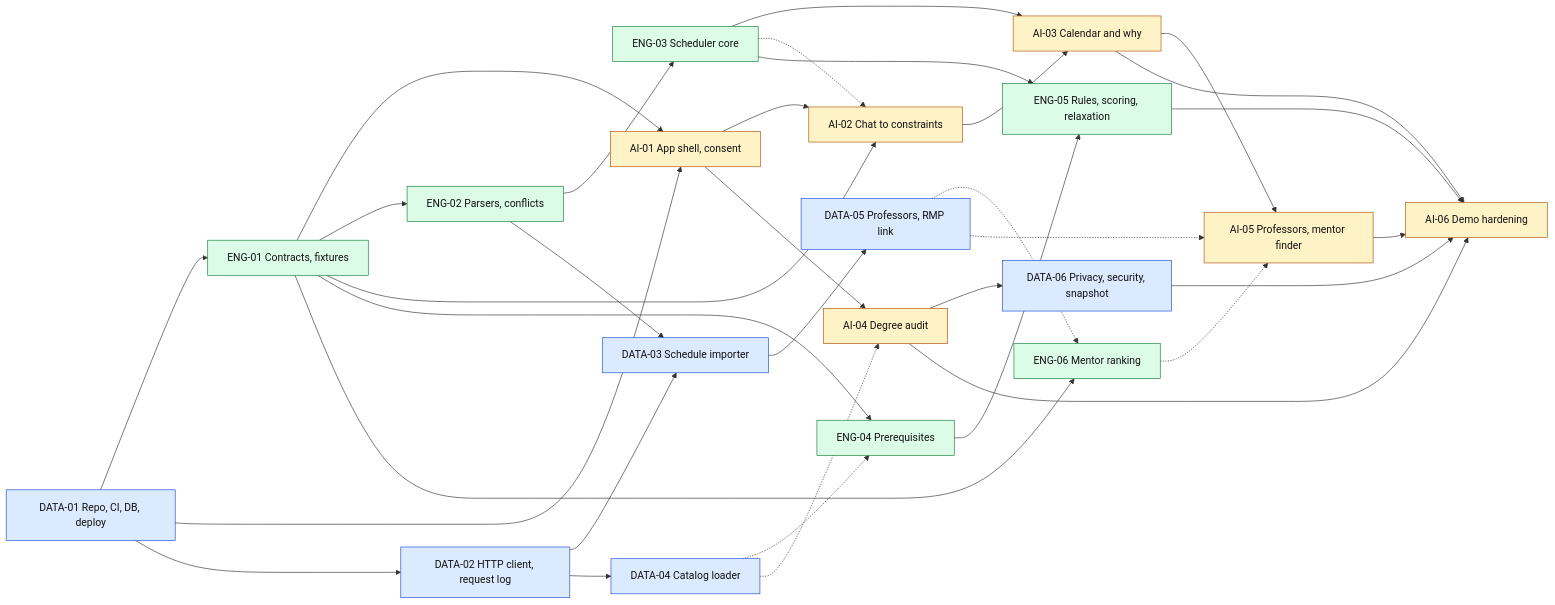
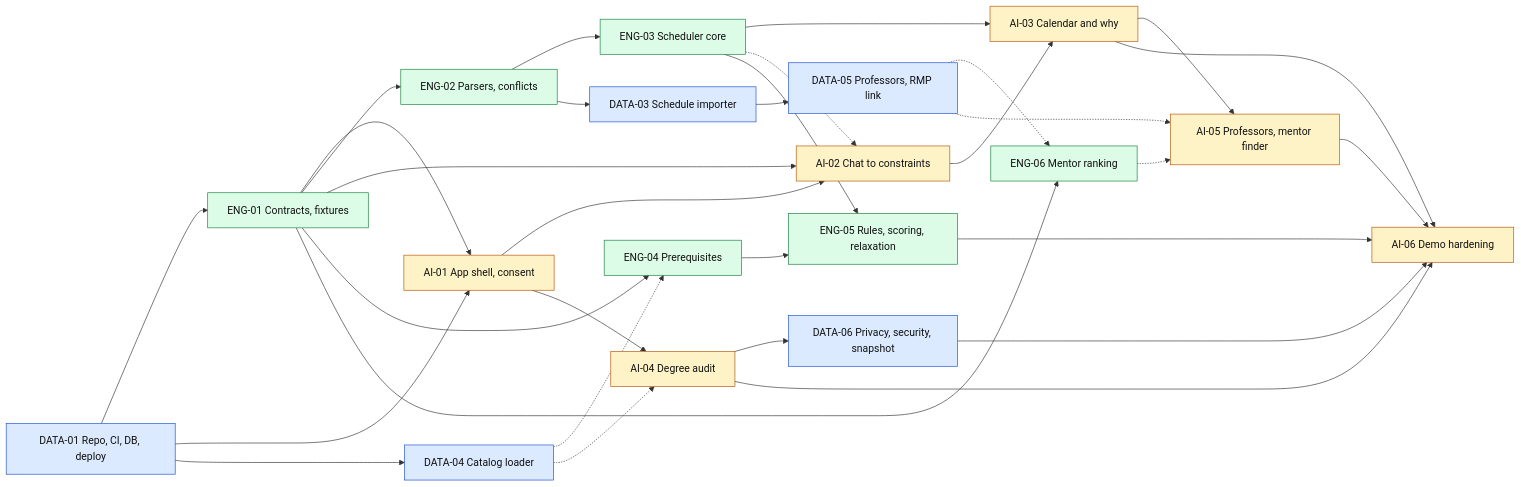
One commit to JoaoLucasLab/hackathon changed the diagram in plan.md. Above: the diagram before and after it, drawn with Mermaid. The commit also changed other lines of this file and 1 other file, not shown here.

Commit message:
feat: Update AGENTS.md and plan.md to reflect DATA-02 skip status and related changes

````diff
--- a/plan.md
+++ b/plan.md
@@ -514,58 +515,55 @@
 ```mermaid
 graph LR
   classDef data fill:#dbeafe,stroke:#1d4ed8,color:#111;
   classDef eng fill:#dcfce7,stroke:#15803d,color:#111;
   classDef ai fill:#fef3c7,stroke:#b45309,color:#111;
 
   D1[DATA-01 Repo, CI, DB, deploy]:::data
-  D2[DATA-02 HTTP client, request log]:::data
   D3[DATA-03 Schedule importer]:::data
   D4[DATA-04 Catalog loader]:::data
   D5[DATA-05 Professors, RMP link]:::data
   D6[DATA-06 Privacy, security, snapshot]:::data
   E1[ENG-01 Contracts, fixtures]:::eng
   E2[ENG-02 Parsers, conflicts]:::eng
   E3[ENG-03 Scheduler core]:::eng
   E4[ENG-04 Prerequisites]:::eng
   E5[ENG-05 Rules, scoring, relaxation]:::eng
   E6[ENG-06 Mentor ranking]:::eng
   A1[AI-01 App shell, consent]:::ai
   A2[AI-02 Chat to constraints]:::ai
   A3[AI-03 Calendar and why]:::ai
   A4[AI-04 Degree audit]:::ai
   A5[AI-05 Professors, mentor finder]:::ai
   A6[AI-06 Demo hardening]:::ai
 
   D1 --> E1
   D1 --> A1
-  D1 --> D2
   E1 --> A1
   E1 --> E2
   E1 --> A2
   A1 --> A2
   E2 --> E3
   E2 --> D3
-  D2 --> D3
-  D2 --> D4
+  D1 --> D4
   E3 --> A3
   A2 --> A3
   E3 -.-> A2
   E1 --> E4
   D4 -.-> E4
   E3 --> E5
   E4 --> E5
   D3 --> D5
   E1 --> E6
   D5 -.-> E6
   A1 --> A4
   D4 -.-> A4
   A4 --> D6
   E6 -.-> A5
   D5 -.-> A5
   A3 --> A5
   A3 --> A6
   A4 --> A6
   A5 --> A6
   E5 --> A6
   D6 --> A6
 ```
````
